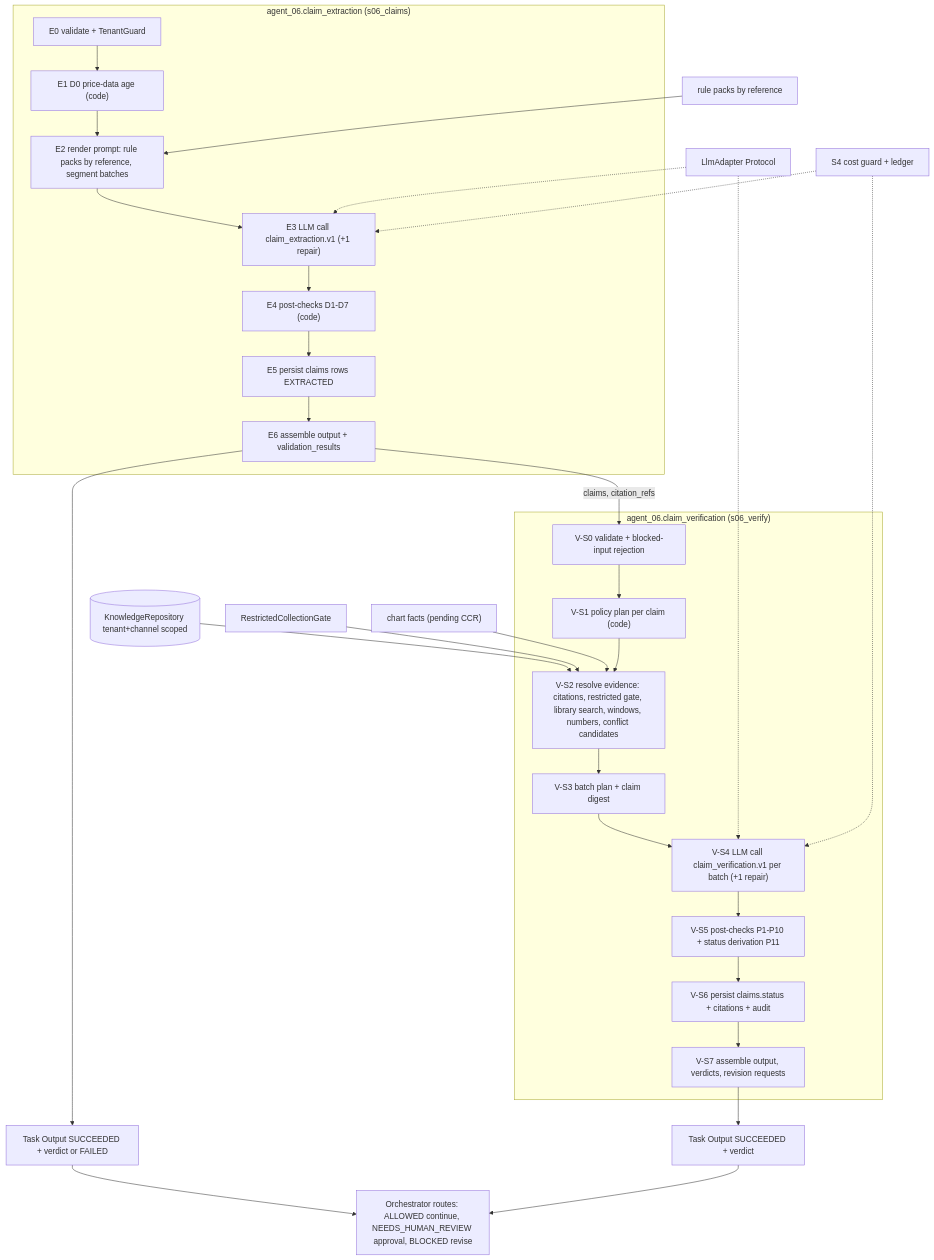
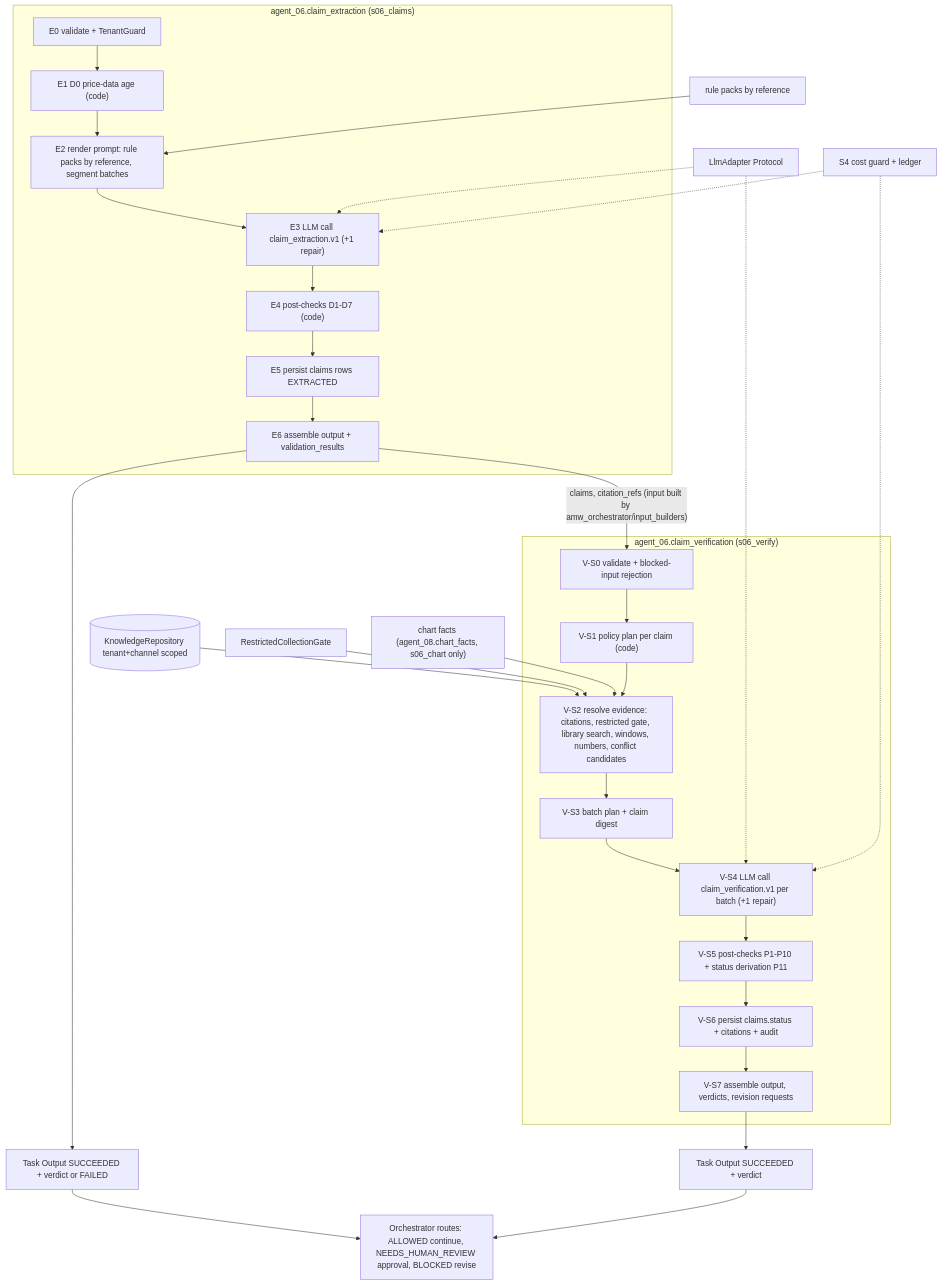
The first of 2 diagrams in docs/v4/agents/agent_06_fact_checker.md (abhiwasu007-a11y/Media), drawn with Mermaid before and after one commit. The commit also changed other lines of this file, not shown here.

First line of the commit message:
docs(v4): agent 06 blueprint aligned to pass-1 contract decisions and review findings

````diff
--- a/docs/v4/agents/agent_06_fact_checker.md
+++ b/docs/v4/agents/agent_06_fact_checker.md
@@ -120,33 +120,33 @@
 ```mermaid
 flowchart TD
   subgraph EXT["agent_06.claim_extraction (s06_claims)"]
     E0["E0 validate + TenantGuard"] --> E1["E1 D0 price-data age (code)"]
     E1 --> E2["E2 render prompt: rule packs by reference, segment batches"]
     E2 --> E3["E3 LLM call claim_extraction.v1 (+1 repair)"]
     E3 --> E4["E4 post-checks D1-D7 (code)"]
     E4 --> E5["E5 persist claims rows EXTRACTED"]
     E5 --> E6["E6 assemble output + validation_results"]
   end
   subgraph VER["agent_06.claim_verification (s06_verify)"]
     V0["V-S0 validate + blocked-input rejection"] --> V1["V-S1 policy plan per claim (code)"]
     V1 --> V2["V-S2 resolve evidence: citations, restricted gate, library search, windows, numbers, conflict candidates"]
     V2 --> V3["V-S3 batch plan + claim digest"]
     V3 --> V4["V-S4 LLM call claim_verification.v1 per batch (+1 repair)"]
     V4 --> V5["V-S5 post-checks P1-P10 + status derivation P11"]
     V5 --> V6["V-S6 persist claims.status + citations + audit"]
     V6 --> V7["V-S7 assemble output, verdicts, revision requests"]
   end
-  E6 -->|"claims, citation_refs"| V0
+  E6 -->|"claims, citation_refs (input built by amw_orchestrator/input_builders)"| V0
   KR[("KnowledgeRepository tenant+channel scoped")] --> V2
   GATE["RestrictedCollectionGate"] --> V2
-  CF["chart facts (pending CCR)"] --> V2
+  CF["chart facts (agent_08.chart_facts, s06_chart only)"] --> V2
   RP["rule packs by reference"] --> E2
   LLM["LlmAdapter Protocol"] -.-> E3
   LLM -.-> V4
   COST["S4 cost guard + ledger"] -.-> E3
   COST -.-> V4
   V7 --> OUT["Task Output SUCCEEDED + verdict"]
   E6 --> OUT2["Task Output SUCCEEDED + verdict or FAILED"]
   OUT --> ORCH["Orchestrator routes: ALLOWED continue, NEEDS_HUMAN_REVIEW approval, BLOCKED revise"]
   OUT2 --> ORCH
 ```
````
